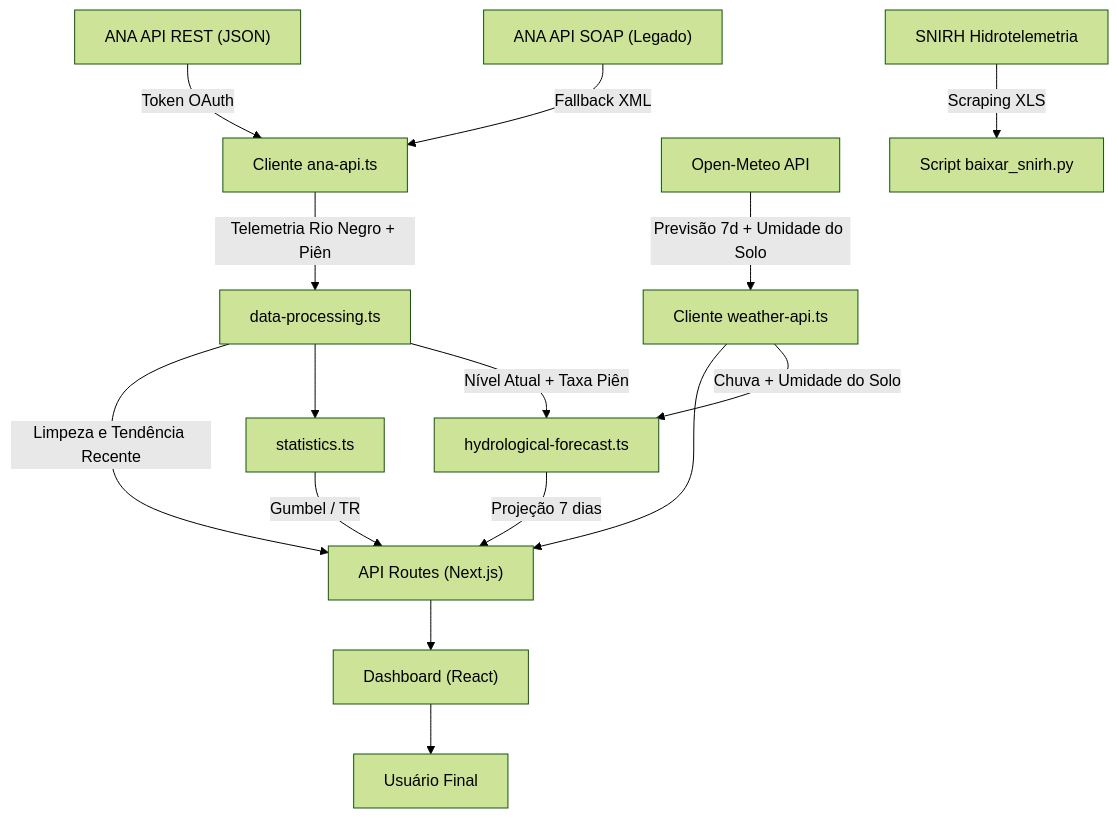
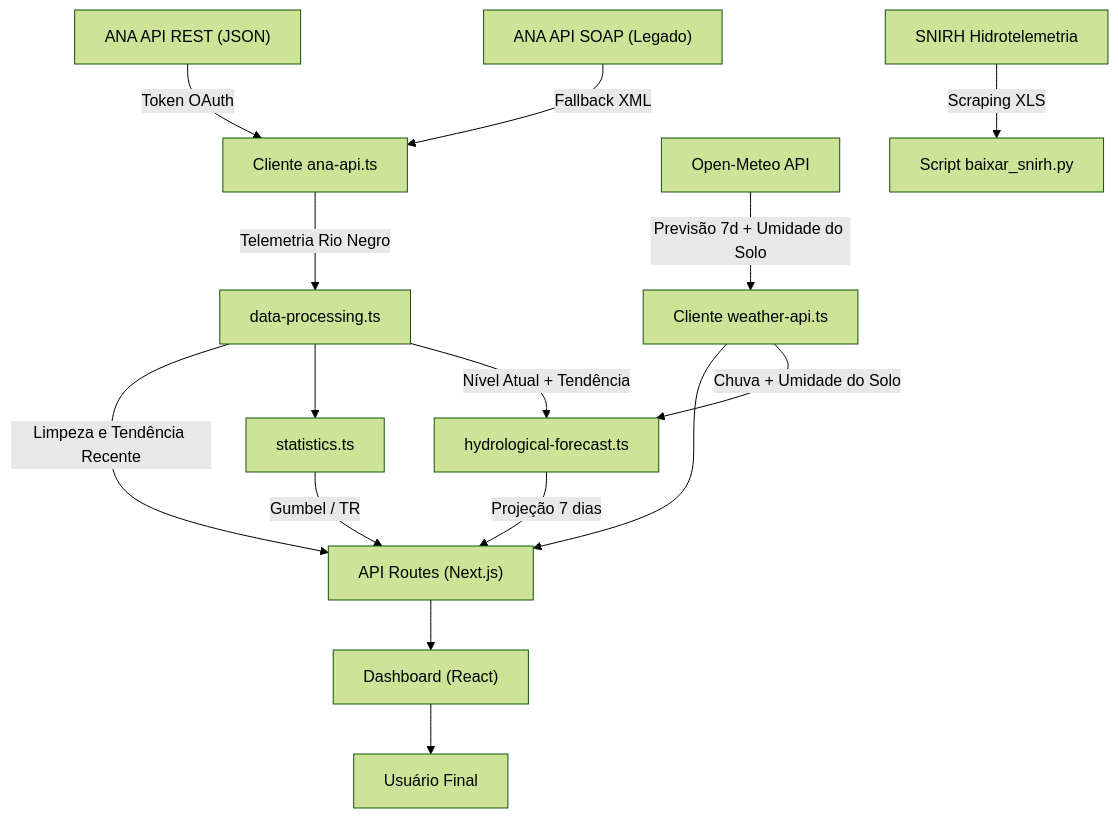
Before and after one commit to ramirobs/rionegronivel: the diagram in DOCUMENTACAO_TECNICA.md, drawn with Mermaid (forest theme). The commit also changed other lines of this file and 2 other files, not shown here.

````diff
--- a/DOCUMENTACAO_TECNICA.md
+++ b/DOCUMENTACAO_TECNICA.md
@@ -40,18 +39,18 @@
 ```mermaid
 graph TD
     A["ANA API REST (JSON)"] -->|"Token OAuth"| B["Cliente ana-api.ts"]
     C["ANA API SOAP (Legado)"] -->|"Fallback XML"| B
     D["Open-Meteo API"] -->|"Previsão 7d + Umidade do Solo"| E["Cliente weather-api.ts"]
     F["SNIRH Hidrotelemetria"] -->|"Scraping XLS"| G["Script baixar_snirh.py"]
 
-    B -->|"Telemetria Rio Negro + Piên"| H["data-processing.ts"]
+    B -->|"Telemetria Rio Negro"| H["data-processing.ts"]
     H -->|"Limpeza e Tendência Recente"| I["API Routes (Next.js)"]
     E --> I
     H --> J["statistics.ts"]
     J -->|"Gumbel / TR"| I
-    H -->|"Nível Atual + Taxa Piên"| K["hydrological-forecast.ts"]
+    H -->|"Nível Atual + Tendência"| K["hydrological-forecast.ts"]
     E -->|"Chuva + Umidade do Solo"| K
     K -->|"Projeção 7 dias"| I
     I --> L["Dashboard (React)"]
     L --> M["Usuário Final"]
 ```
````
